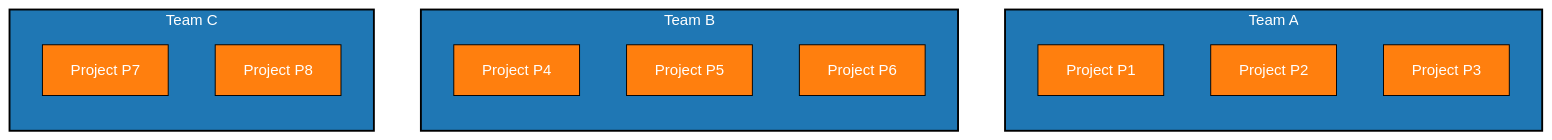
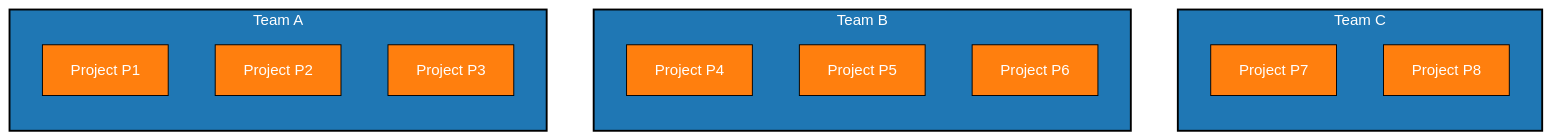
Before and after one commit to EthanLin-TWer/blog: the diagram in _posts/2025-01-01-organization-efficiency-and-platform-team.md, drawn with Mermaid. The commit also changed other lines of this file, not shown here.

Commit message:
🌞post: reorder team A/B/C sequence

````diff
--- a/_posts/2025-01-01-organization-efficiency-and-platform-team.md
+++ b/_posts/2025-01-01-organization-efficiency-and-platform-team.md
@@ -14,33 +14,30 @@
 ```mermaid
-graph TD
-  %% Team A and its Projects
-  subgraph teamA [Team A]
-    direction TB
-    P1[Project P1]:::project
-    P2[Project P2]:::project
-    P3[Project P3]:::project
+graph TB
+  subgraph teamC [Team C]
+      direction TB
+      P7[Project P7]:::project
+      P8[Project P8]:::project
   end
 
-  %% Team B and its Projects
-  subgraph teamB [Team B]
+ subgraph teamB [Team B]
     direction TB
     P4[Project P4]:::project
     P5[Project P5]:::project
     P6[Project P6]:::project
   end
-
-  %% Team C and its Projects
-  subgraph teamC [Team C]
-    direction TB
-    P7[Project P7]:::project
-    P8[Project P8]:::project
+  
+  subgraph teamA [Team A]
+      direction TB
+      P1[Project P1]:::project
+      P2[Project P2]:::project
+      P3[Project P3]:::project
   end
 
   %% Add styles for subgraphs
   style teamA fill:#1f77b4,stroke:#000,stroke-width:2px,color:#fff;
   style teamB fill:#1f77b4,stroke:#000,stroke-width:2px,color:#fff;
   style teamC fill:#1f77b4,stroke:#000,stroke-width:2px,color:#fff;
 
   %% Add styles for projects
   classDef project fill:#ff7f0e,stroke:#000,stroke-width:1px,color:#fff;
 ```
````
